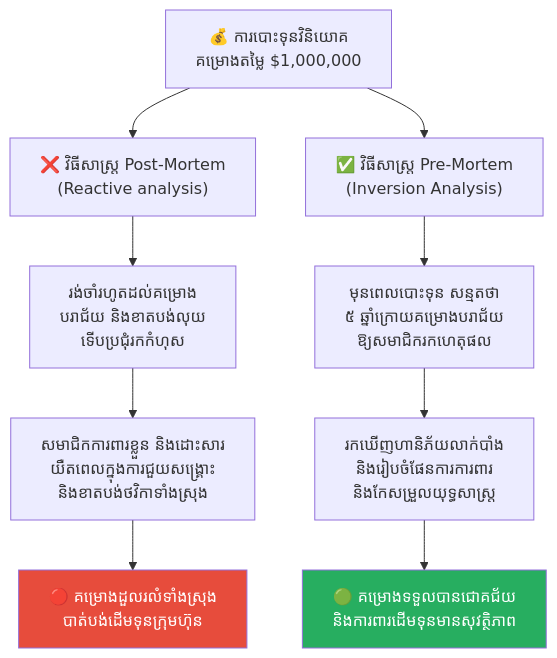
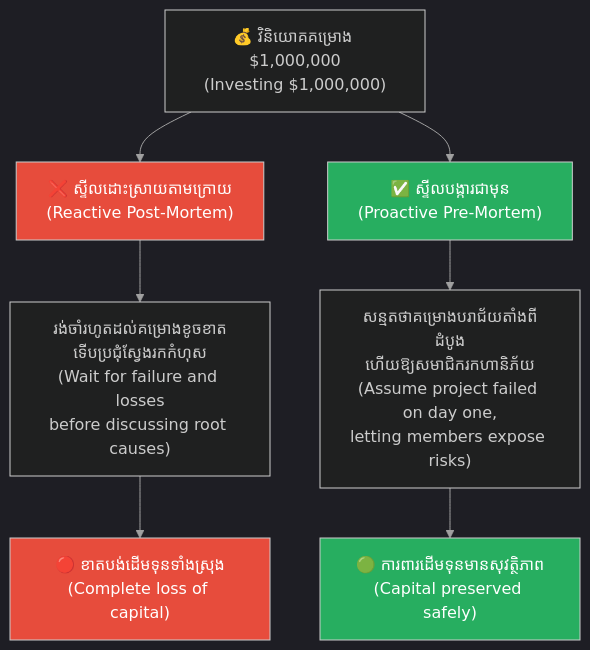
One commit to GuideStack/iblogger-feeds changed the fourth of 5 diagrams in feeds/concepts/articles/09-inversion-principle.md. Above: the diagram before and after it, drawn with Mermaid. The commit also changed other lines of this file, not shown here.

Commit message:
docs: upgrade 09-inversion-principle.md to bilingual layout and styled diagrams

````diff
--- a/feeds/concepts/articles/09-inversion-principle.md
+++ b/feeds/concepts/articles/09-inversion-principle.md
@@ -156,16 +271,25 @@
 ```mermaid
+%%{init: {
+  'theme': 'dark',
+  'themeVariables': {
+    'background': '#1e1e1e',
+    'primaryTextColor': '#ffffff',
+    'lineColor': '#a0a0a0'
+  },
+  'themeCSS': 'svg { background-color: #1e1e1e !important; padding: 1rem !important; border-radius: 8px !important; } .edgeLabel rect { fill: #1e1e1e !important; } text, tspan { fill: #ffffff !important; }'
+}}%%
 graph TD
-    A["💰 ការបោះទុនវិនិយោគ<br/>គម្រោងតម្លៃ $1,000,000"] --> B1["❌ វិធីសាស្ត្រ Post-Mortem<br/>(Reactive analysis)"]
-    A --> B2["✅ វិធីសាស្ត្រ Pre-Mortem<br/>(Inversion Analysis)"]
-    
-    B1 --> C1["រង់ចាំរហូតដល់គម្រោង<br/>បរាជ័យ និងខាតបង់លុយ<br/>ទើបប្រជុំរកកំហុស"]
-    C1 --> D1["សមាជិកការពារខ្លួន និងដោះសារ<br/>យឺតពេលក្នុងការជួយសង្គ្រោះ<br/>និងខាតបង់ថវិកាទាំងស្រុង"]
-    D1 --> E1["🔴 គម្រោងដួលរលំទាំងស្រុង<br/>បាត់បង់ដើមទុនក្រុមហ៊ុន"]
-    
-    B2 --> C2["មុនពេលបោះទុន សន្មតថា<br/>៥ ឆ្នាំក្រោយគម្រោងបរាជ័យ<br/>ឱ្យសមាជិករកហេតុផល"]
-    C2 --> D2["រកឃើញហានិភ័យលាក់បាំង<br/>និងរៀបចំផែនការការពារ<br/>និងកែសម្រួលយុទ្ធសាស្ត្រ"]
-    D2 --> E2["🟢 គម្រោងទទួលបានជោគជ័យ<br/>និងការពារដើមទុនមានសុវត្ថិភាព"]
+    A["💰 វិនិយោគគម្រោង $1,000,000<br/>(Investing $1,000,000)"] --> B1["❌ ស្ទីលដោះស្រាយតាមក្រោយ<br/>(Reactive Post-Mortem)"]
+    A --> B2["✅ ស្ទីលបង្ការជាមុន<br/>(Proactive Pre-Mortem)"]
 
-    style E1 fill:#e74c3c,color:#fff
-    style E2 fill:#27ae60,color:#fff
+    B1 --> C1["រង់ចាំរហូតដល់គម្រោងខូចខាត<br/>ទើបប្រជុំស្វែងរកកំហុស<br/>(Wait for failure and losses<br/>before discussing root causes)"]
+    C1 --> D1["🔴 ខាតបង់ដើមទុនទាំងស្រុង<br/>(Complete loss of capital)"]
+
+    B2 --> C2["សន្មតថាគម្រោងបរាជ័យតាំងពីដំបូង<br/>ហើយឱ្យសមាជិករកហានិភ័យ<br/>(Assume project failed on day one,<br/>letting members expose risks)"]
+    C2 --> D2["🟢 ការពារដើមទុនមានសុវត្ថិភាព<br/>(Capital preserved safely)"]
+
+    style B1 fill:#e74c3c,color:#fff
+    style B2 fill:#27ae60,color:#fff
+    style D1 fill:#e74c3c,color:#fff
+    style D2 fill:#27ae60,color:#fff
 ```
````
